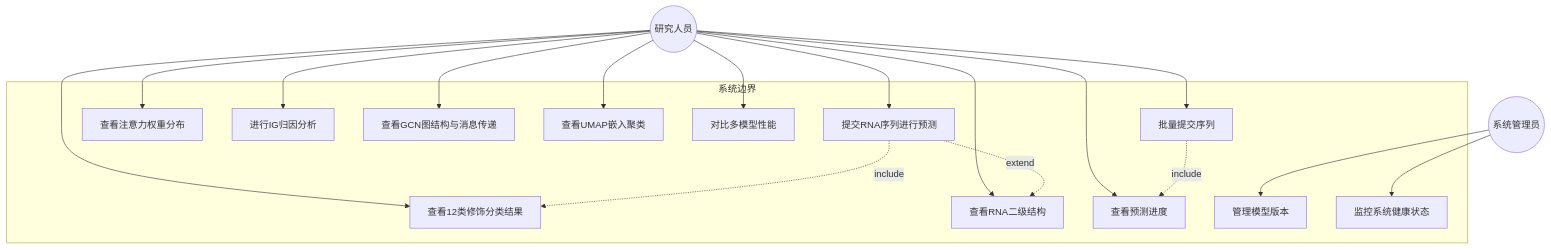
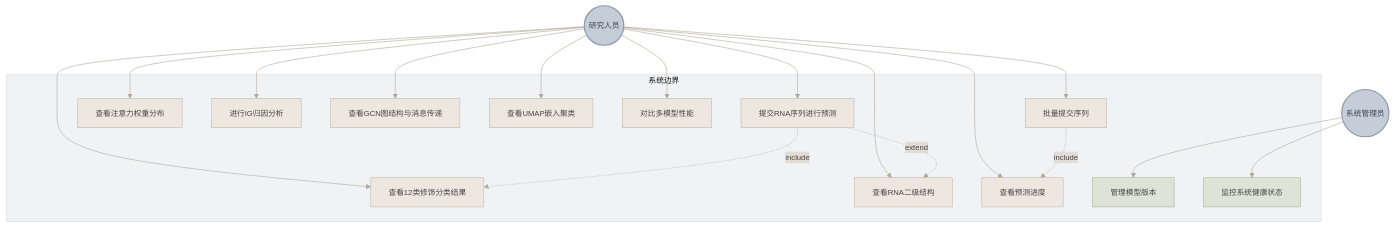
The first of 19 diagrams in md/RMA序列修饰检测可视化系统架构说明文档.md (fdiskdc/RGCNFormer_WebAndWx_backend), drawn with Mermaid before and after one commit. The commit also changed other lines of this file, not shown here.

````diff
--- a/md/RMA序列修饰检测可视化系统架构说明文档.md
+++ b/md/RMA序列修饰检测可视化系统架构说明文档.md
@@ -256,38 +166,43 @@
 ```mermaid
+%%{init: {'theme': 'base', 'themeVariables': {'primaryColor': '#EDE7E0', 'primaryTextColor': '#4A4440', 'primaryBorderColor': '#C4BAA8', 'lineColor': '#B0A898', 'secondaryColor': '#E2DCD4', 'background': '#F8F5F0', 'fontSize': '13px'}}}%%
 graph TB
+    classDef actor fill:#C5CDD8,stroke:#8E9AAA,stroke-width:2px,color:#3D4550
+    classDef usecase fill:#EDE7E0,stroke:#C4BAA8,stroke-width:1px,color:#4A4440
+    classDef adminUC fill:#DDE4D6,stroke:#A8B49A,stroke-width:1px,color:#4A4440
+
     subgraph 系统边界
-        UC1[提交RNA序列进行预测]
-        UC2[查看12类修饰分类结果]
-        UC3[查看注意力权重分布]
-        UC4[进行IG归因分析]
-        UC5[查看GCN图结构与消息传递]
-        UC6[查看UMAP嵌入聚类]
-        UC7[对比多模型性能]
-        UC8[查看RNA二级结构]
-        UC9[批量提交序列]
-        UC10[查看预测进度]
-        UC11[管理模型版本]
-        UC12[监控系统健康状态]
+        UC1[提交RNA序列进行预测]:::usecase
+        UC2[查看12类修饰分类结果]:::usecase
+        UC3[查看注意力权重分布]:::usecase
+        UC4[进行IG归因分析]:::usecase
+        UC5[查看GCN图结构与消息传递]:::usecase
+        UC6[查看UMAP嵌入聚类]:::usecase
+        UC7[对比多模型性能]:::usecase
+        UC8[查看RNA二级结构]:::usecase
+        UC9[批量提交序列]:::usecase
+        UC10[查看预测进度]:::usecase
+        UC11[管理模型版本]:::adminUC
+        UC12[监控系统健康状态]:::adminUC
     end
 
-    Researcher((研究人员))
-    Admin((系统管理员))
+    Researcher((研究人员)):::actor
+    Admin((系统管理员)):::actor
 
     Researcher --> UC1
     Researcher --> UC2
     Researcher --> UC3
     Researcher --> UC4
     Researcher --> UC5
     Researcher --> UC6
     Researcher --> UC7
     Researcher --> UC8
     Researcher --> UC9
     Researcher --> UC10
 
     Admin --> UC11
     Admin --> UC12
 
     UC1 -.->|include| UC2
     UC9 -.->|include| UC10
     UC1 -.->|extend| UC8
 ```
````
